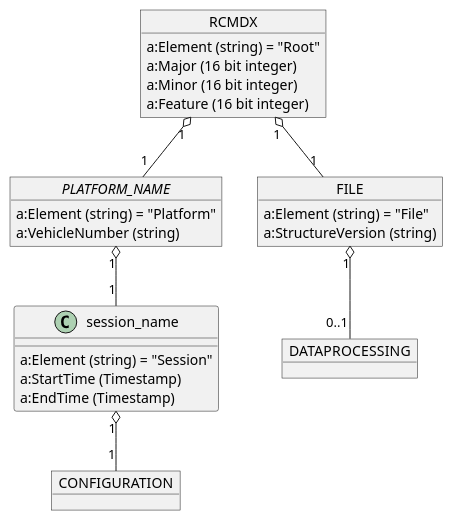
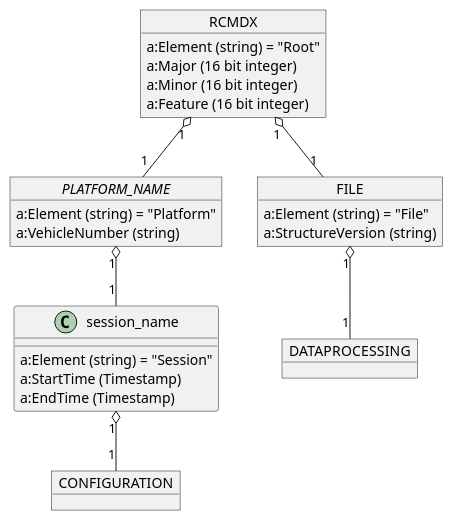
The second of 13 diagrams in images/rcm-dx-images.puml (OpenRailAssociation/rcm-dx), drawn with PlantUML before and after one commit. The commit also changed other lines of this file and 9 other files, not shown here.

```diff
--- a/images/rcm-dx-images.puml
+++ b/images/rcm-dx-images.puml
@@ -43,36 +43,36 @@
 @startuml rcmdx_root_group
 
   object RCMDX {
     a:Element (string) = "Root"
     a:Major (16 bit integer)
     a:Minor (16 bit integer)
     a:Feature (16 bit integer)
   }
  
   object "//PLATFORM_NAME//" as PLATFORM {
     a:Element (string) = "Platform"
     a:VehicleNumber (string)
   }
   RCMDX "1" o-- "1" PLATFORM
 
   object FILE {
     a:Element (string) = "File"
     a:StructureVersion (string)
   }
   RCMDX "1" o-- "1" FILE
 
   object DATAPROCESSING {
   }
-  FILE "1" o-- "0..1" DATAPROCESSING
+  FILE "1" o-- "1" DATAPROCESSING
 
   object "CONFIGURATION" as session_config
   session_name "1" o-- "1" session_config
 
   object "//SESSION_NAME//" as session_name {
     a:Element (string) = "Session"
     a:StartTime (Timestamp)
     a:EndTime (Timestamp)
   } 
   PLATFORM "1" o-- "1" session_name
 
 @enduml
```
